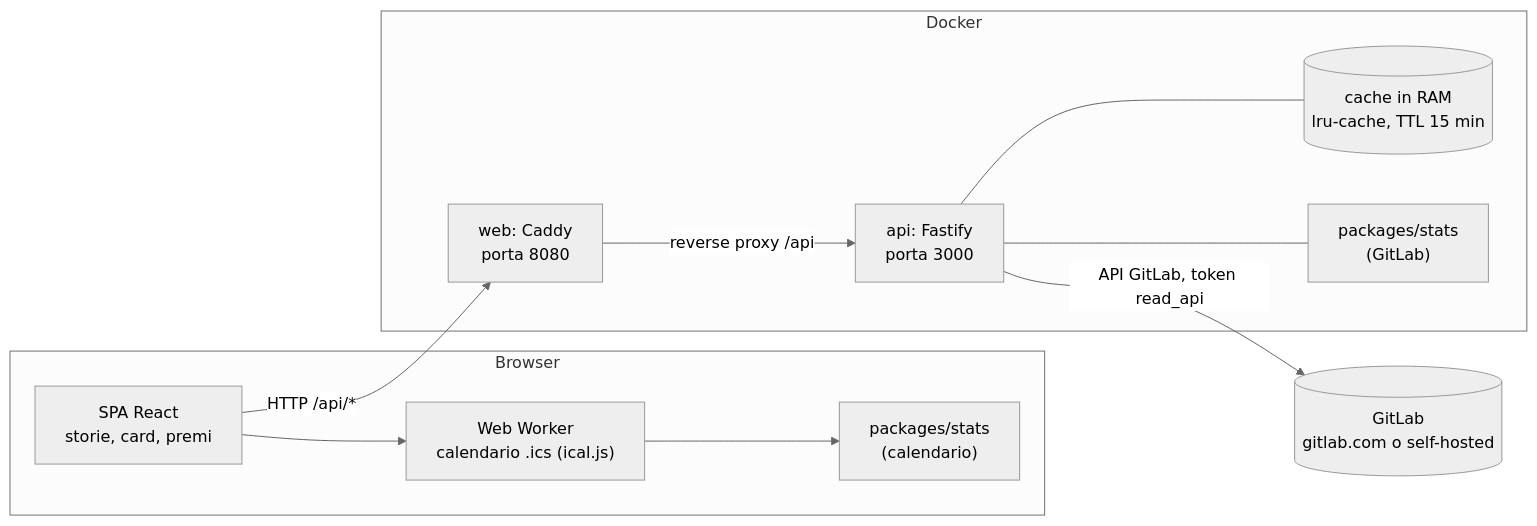
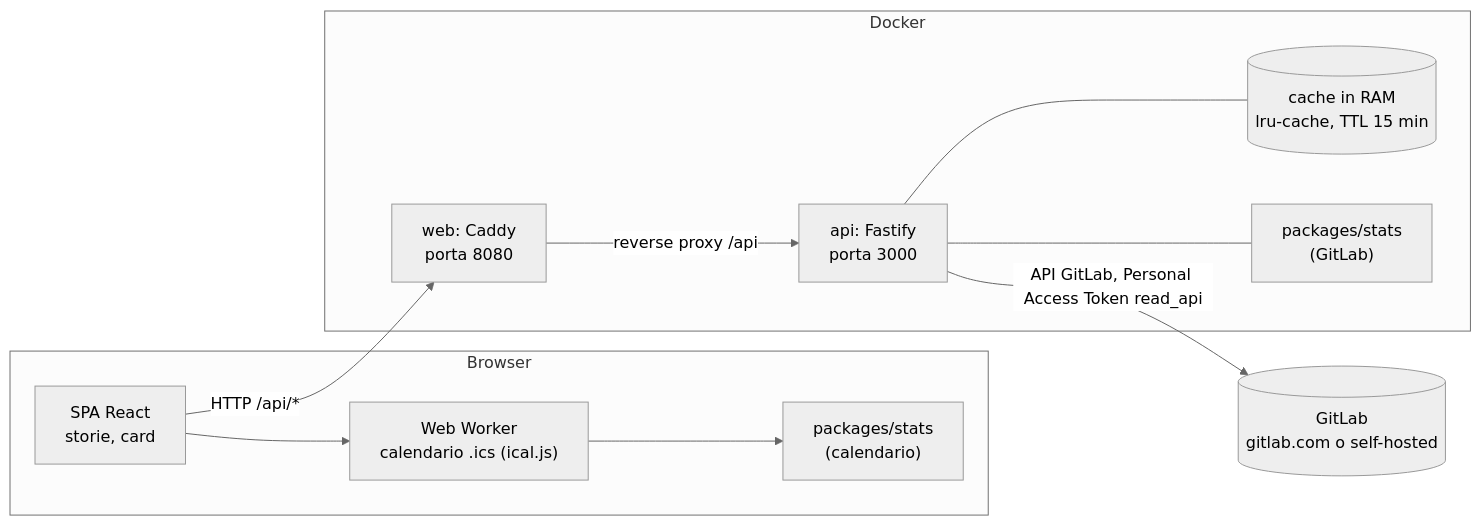
The diagram in docs/architettura.md (raffaeleberardo/awesome-wrapper), drawn with Mermaid (neutral theme) before and after one commit. The commit also changed other lines of this file and 55 other files, not shown here.

````diff
--- a/docs/architettura.md
+++ b/docs/architettura.md
@@ -7,25 +7,25 @@
 ```mermaid
 flowchart LR
     subgraph Browser
-        SPA["SPA React<br/>storie, card, premi"]
+        SPA["SPA React<br/>storie, card"]
         Worker["Web Worker<br/>calendario .ics (ical.js)"]
         Engine1["packages/stats<br/>(calendario)"]
         SPA --> Worker
         Worker --> Engine1
     end
 
     subgraph Docker
         Web["web: Caddy<br/>porta 8080"]
         API["api: Fastify<br/>porta 3000"]
         Cache[("cache in RAM<br/>lru-cache, TTL 15 min")]
         Engine2["packages/stats<br/>(GitLab)"]
         API --- Cache
         API --- Engine2
     end
 
     GitLab[("GitLab<br/>gitlab.com o self-hosted")]
 
     SPA -- "HTTP /api/*" --> Web
     Web -- "reverse proxy /api" --> API
-    API -- "API GitLab, token read_api" --> GitLab
+    API -- "API GitLab, Personal Access Token read_api" --> GitLab
 ```
````
